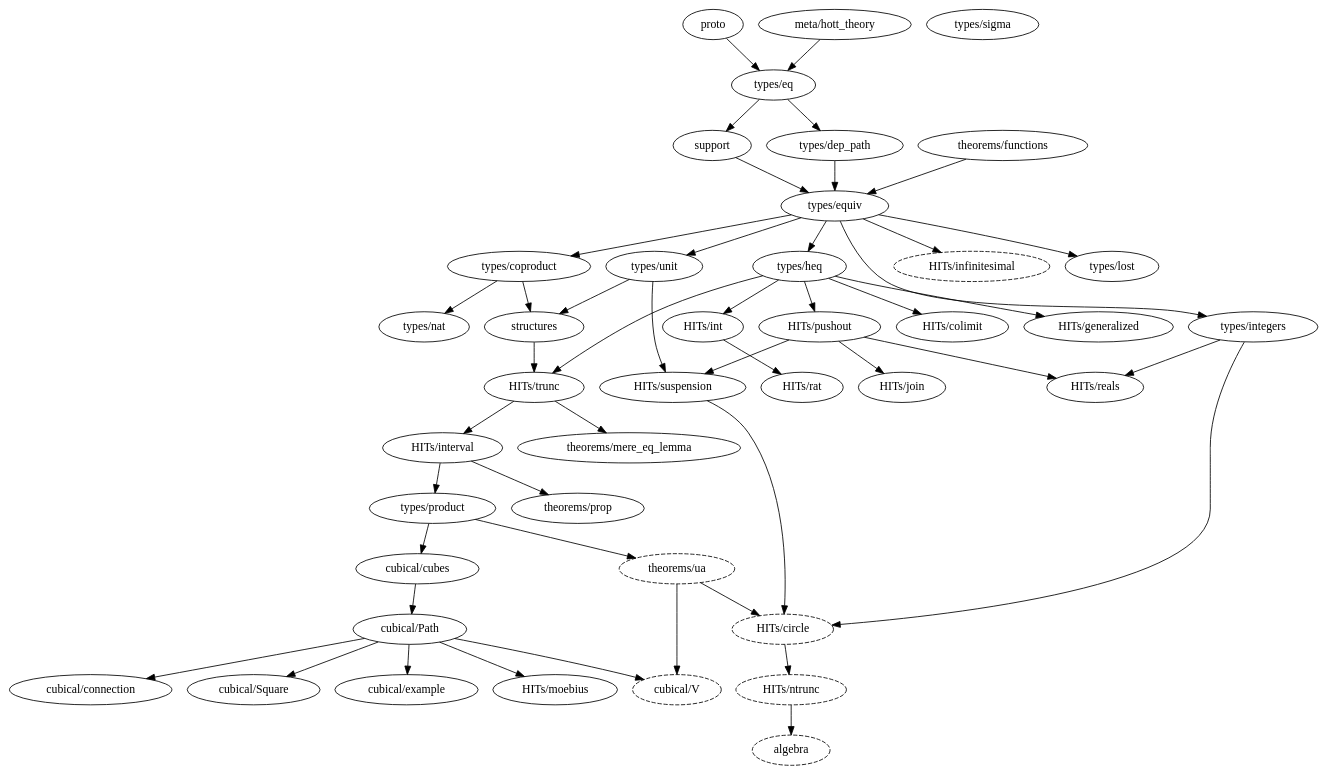
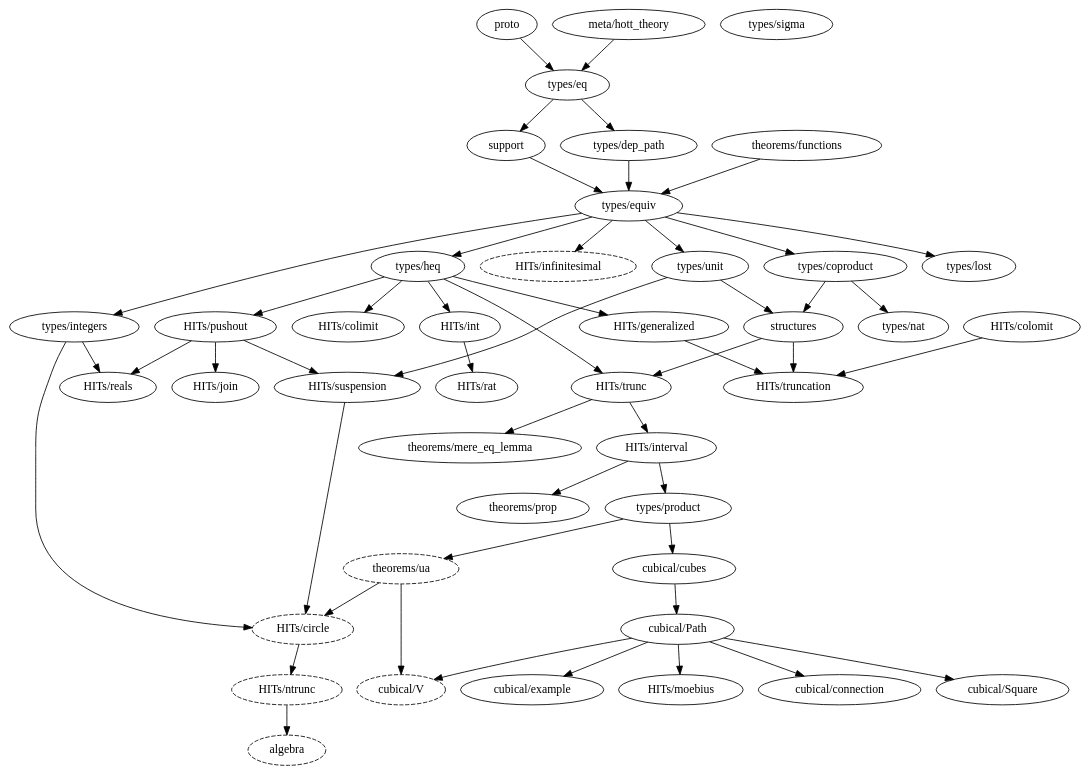
Before and after one commit to forked-from-1kasper/ground_zero: the diagram in dependency_map.gv, drawn with Graphviz. The commit also changed 7 other files, not shown here.

```diff
--- a/dependency_map.gv
+++ b/dependency_map.gv
@@ -1,85 +1,89 @@
 digraph dependency_map {
   proto -> "types/eq"
   "meta/hott_theory" -> "types/eq"
 
   algebra [style=dashed]
   "HITs/ntrunc" -> algebra
 
   "HITs/circle" [style=dashed]
   "types/integers" -> "HITs/circle"
   "HITs/suspension" -> "HITs/circle"
   "theorems/ua" -> "HITs/circle"
 
   "types/heq" -> "HITs/colimit"
 
   "types/heq" -> "HITs/generalized"
 
   "HITs/infinitesimal" [style=dashed]
   "types/equiv" -> "HITs/infinitesimal"
 
   "types/equiv" -> "types/coproduct"
   "types/eq" -> "types/dep_path"
 
   "cubical/Path" -> "cubical/connection"
   "types/product" -> "cubical/cubes"
   "cubical/cubes" -> "cubical/Path"
   "cubical/Path" -> "cubical/Square"
   "cubical/Path" -> "cubical/example"
 
   "cubical/V" [style=dashed]
   "theorems/ua" -> "cubical/V"
   "cubical/Path" -> "cubical/V"
 
   "types/equiv" -> "types/heq"
   "types/equiv" -> "types/integers"
 
   "types/dep_path" -> "types/equiv"
   support -> "types/equiv"
   "theorems/functions" -> "types/equiv"
 
   "types/heq" -> "HITs/int"
 
   "HITs/trunc" -> "HITs/interval"
 
   "HITs/pushout" -> "HITs/join"
 
   "cubical/Path" -> "HITs/moebius"
 
   "HITs/trunc" -> "theorems/mere_eq_lemma"
 
   "HITs/ntrunc" [style=dashed]
   "HITs/circle" -> "HITs/ntrunc"
 
   "HITs/interval" -> "types/product"
 
   "HITs/interval" -> "theorems/prop"
 
   "types/heq" -> "HITs/pushout"
 
   "HITs/int" -> "HITs/rat"
 
   "HITs/pushout" -> "HITs/reals"
   "types/integers" -> "HITs/reals"
 
   "types/unit" -> structures
   "types/coproduct" -> structures
 
   "types/eq" -> support
 
   "HITs/pushout" -> "HITs/suspension"
   "types/unit" -> "HITs/suspension"
 
   structures -> "HITs/trunc"
   "types/heq" -> "HITs/trunc"
 
+  structures -> "HITs/truncation"
+  "HITs/colomit" -> "HITs/truncation"
+  "HITs/generalized" -> "HITs/truncation"
+
   "theorems/ua" [style=dashed]
   "types/product" -> "theorems/ua"
 
   "types/equiv" -> "types/unit"
 
   "types/coproduct" -> "types/nat"
 
   "types/equiv" -> "types/lost"
 
   "types/sigma"
 }
```
